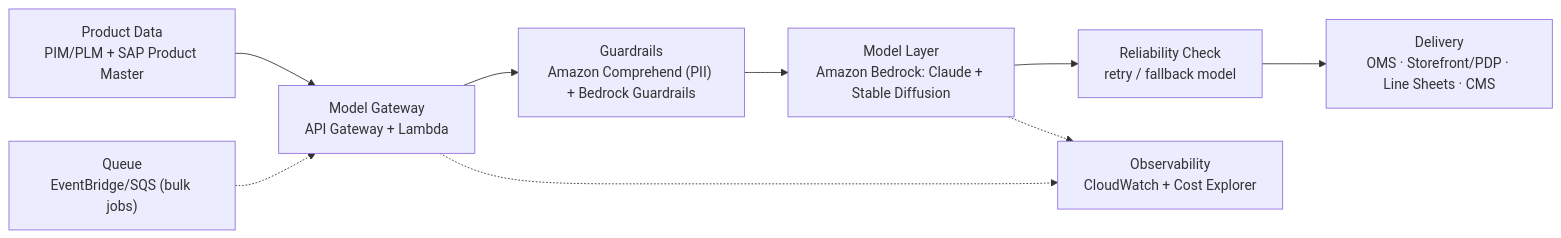
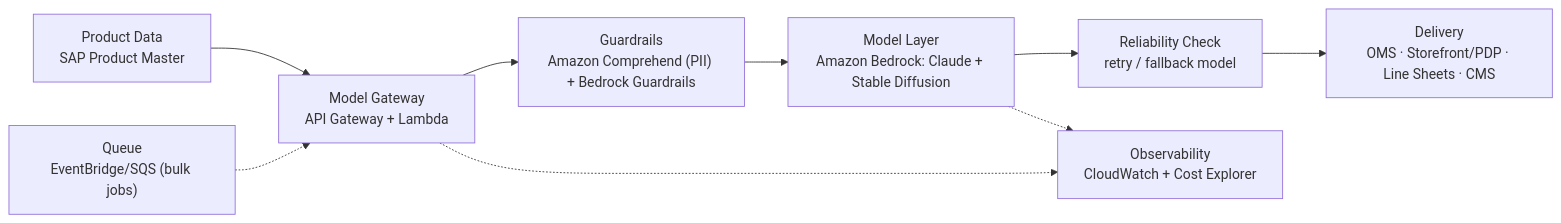
Before and after one commit to JLateef/skech-ai-copy-generator: the diagram in architecture/ARCHITECTURE.md, drawn with Mermaid. The commit also changed other lines of this file and 2 other files, not shown here.

First line of the commit message:
Simplify Product Data source to SAP Product Master only

````diff
--- a/architecture/ARCHITECTURE.md
+++ b/architecture/ARCHITECTURE.md
@@ -10,20 +10,20 @@
 ```mermaid
 flowchart LR
-  PD["Product Data<br/>PIM/PLM + SAP Product Master"]
+  PD["Product Data<br/>SAP Product Master"]
   GW["Model Gateway<br/>API Gateway + Lambda"]
   GRD["Guardrails<br/>Amazon Comprehend (PII) + Bedrock Guardrails"]
   MODEL["Model Layer<br/>Amazon Bedrock: Claude + Stable Diffusion"]
   REL["Reliability Check<br/>retry / fallback model"]
   OUT["Delivery<br/>OMS · Storefront/PDP · Line Sheets · CMS"]
   OBS["Observability<br/>CloudWatch + Cost Explorer"]
   Q["Queue<br/>EventBridge/SQS (bulk jobs)"]
 
   PD --> GW
   GW --> GRD
   GRD --> MODEL
   MODEL --> REL
   REL --> OUT
   GW -.-> OBS
   MODEL -.-> OBS
   Q -.-> GW
 ```
````
